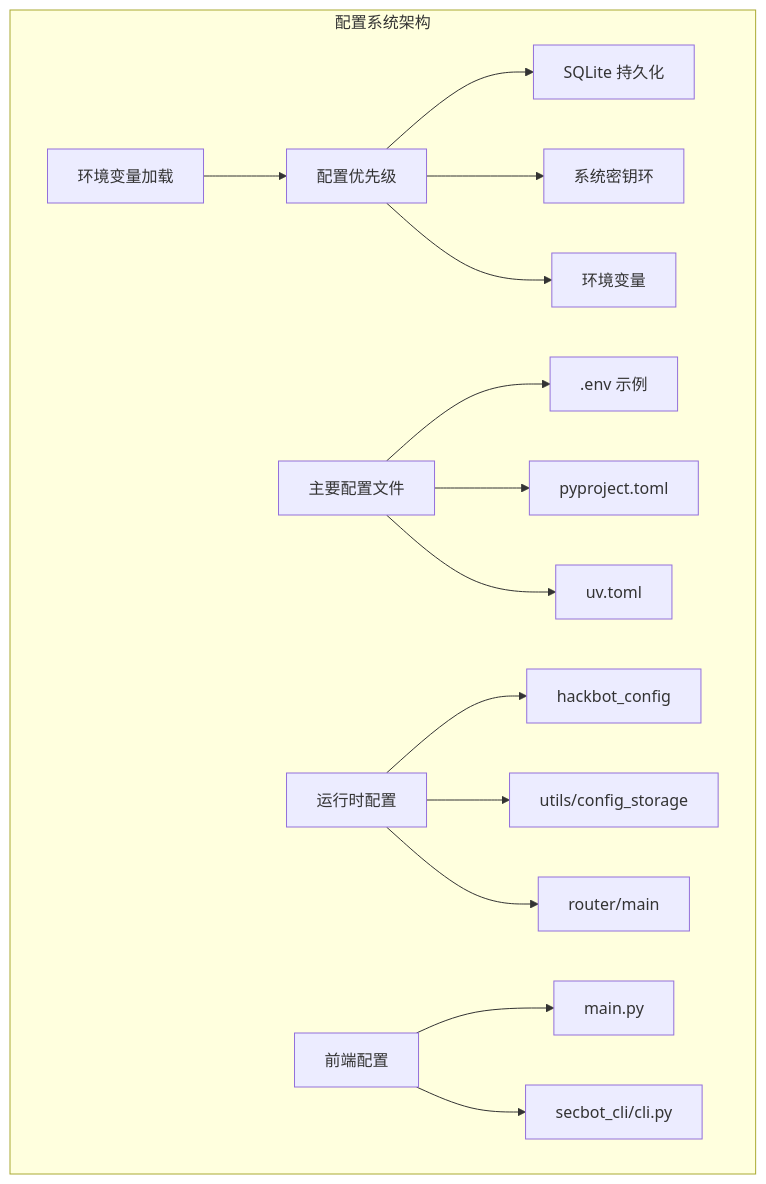
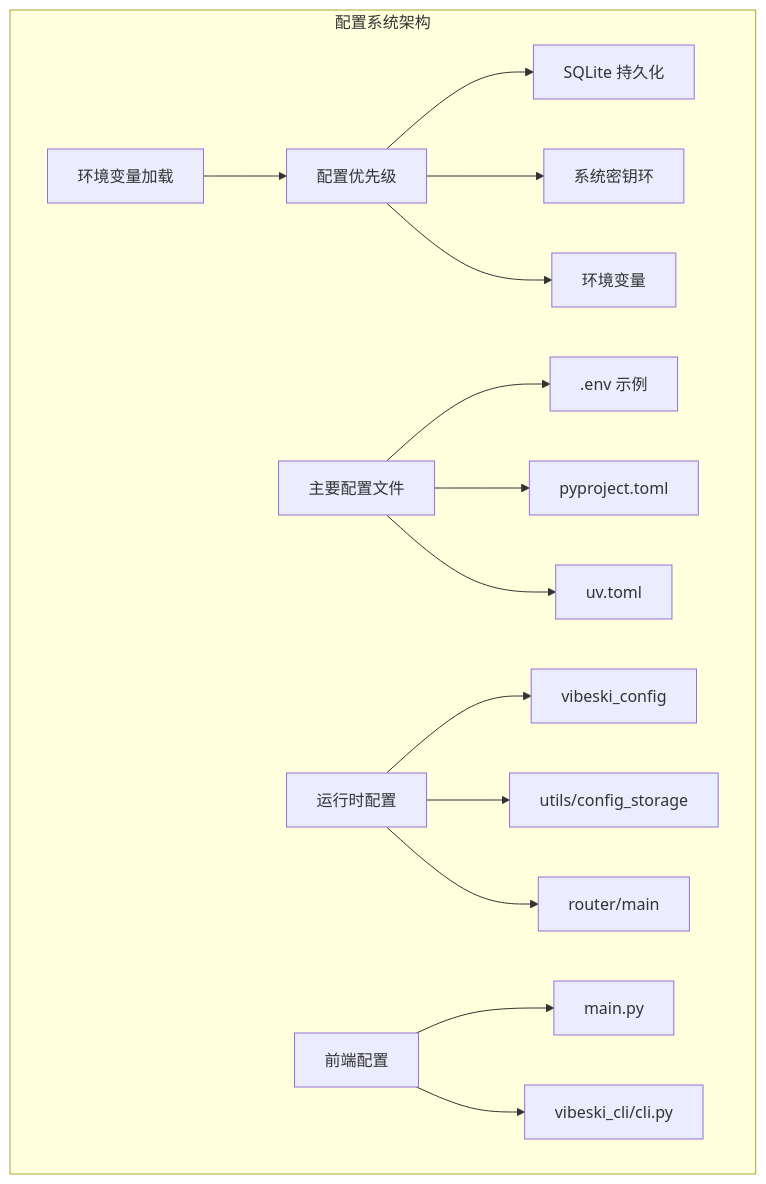
Before and after one commit to crabin/VIBESKI: the first of 6 diagrams in .qoder/repowiki/zh/content/Environment Variables.md, drawn with Mermaid. The commit also changed other lines of this file and 170 other files, not shown here.

Commit message:
chore: rename all secbot/hackbot identifiers to vibeski

````diff
--- a/.qoder/repowiki/zh/content/Environment Variables.md
+++ b/.qoder/repowiki/zh/content/Environment Variables.md
@@ -35,17 +35,17 @@
 ```mermaid
 graph TB
 subgraph "配置系统架构"
 A[环境变量加载] --> B[配置优先级]
 B --> C[SQLite 持久化]
 B --> D[系统密钥环]
 B --> E[环境变量]
 F[主要配置文件] --> G[.env 示例]
 F --> H[pyproject.toml]
 F --> I[uv.toml]
-J[运行时配置] --> K[hackbot_config]
+J[运行时配置] --> K[vibeski_config]
 J --> L[utils/config_storage]
 J --> M[router/main]
 N[前端配置] --> O[main.py]
-N --> P[secbot_cli/cli.py]
+N --> P[vibeski_cli/cli.py]
 end
 ```
````
